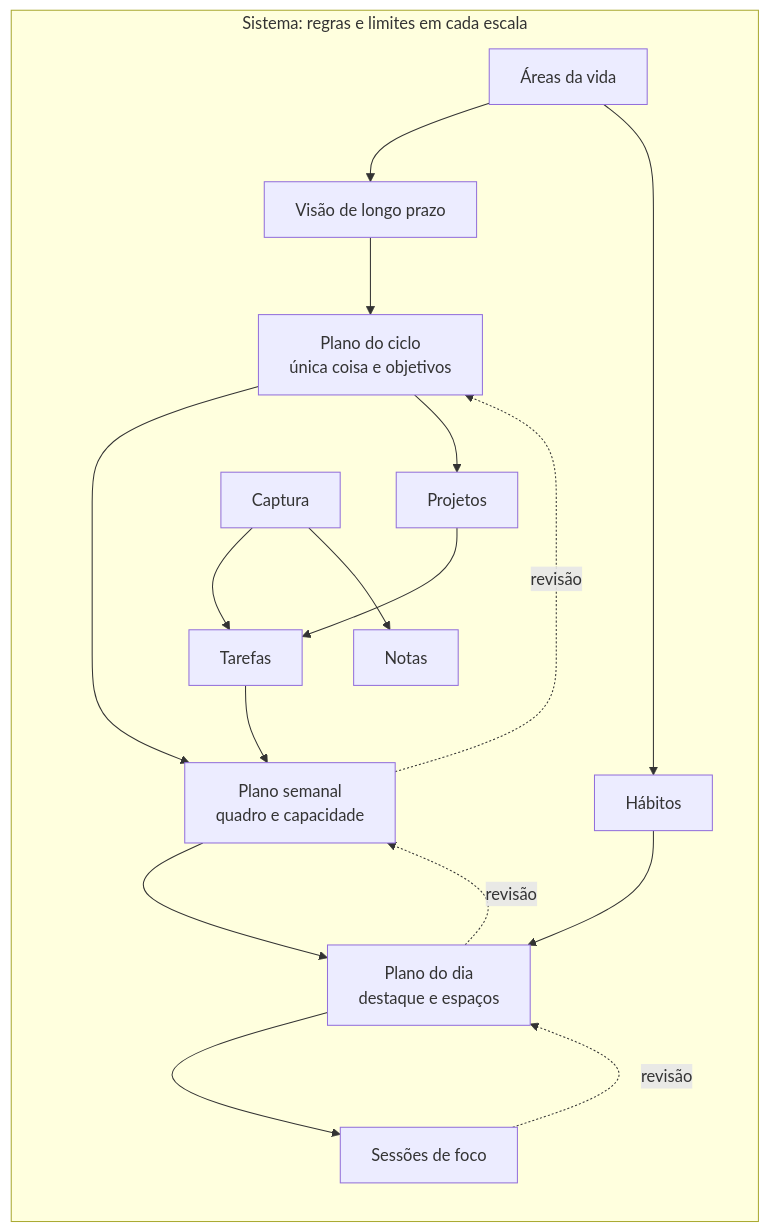
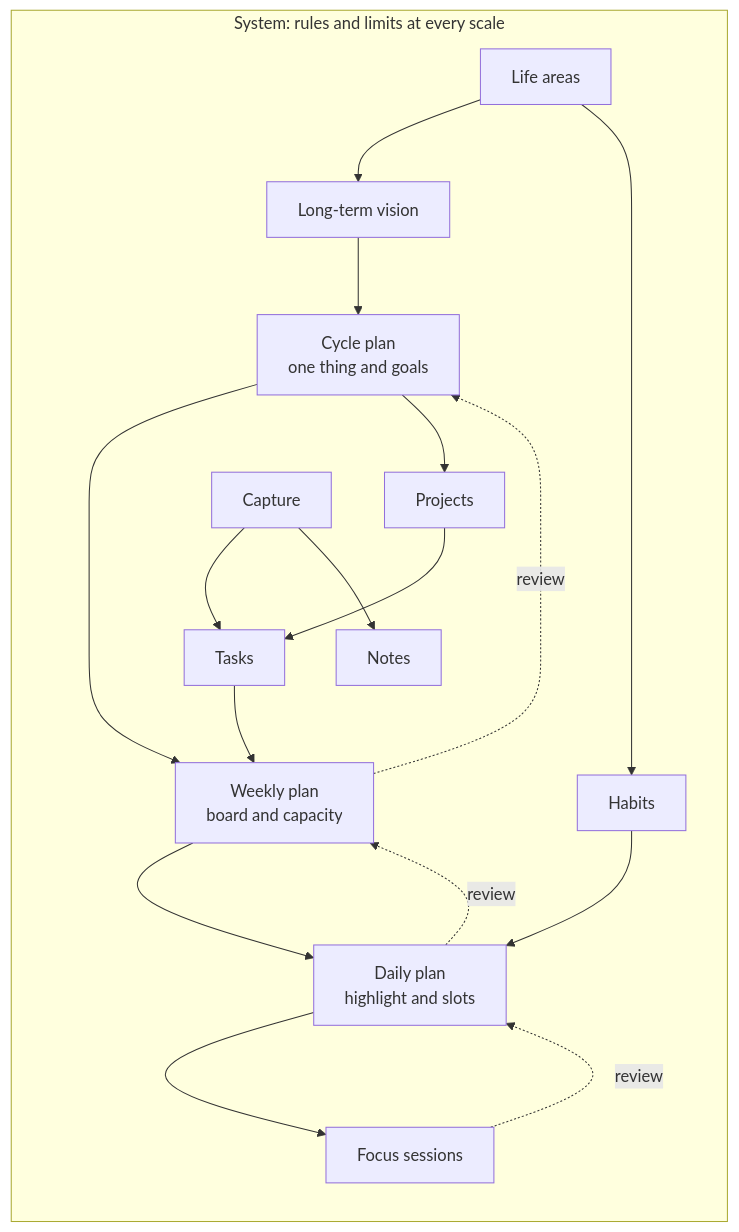
The diagram in README.md (gmcosta94/hub-produtividade-public), drawn with Mermaid before and after one commit. The commit also changed other lines of this file and 1 other file, not shown here.

````diff
--- a/README.md
+++ b/README.md
@@ -25,21 +27,21 @@
 ```mermaid
 flowchart TB
-  subgraph Sistema["Sistema: regras e limites em cada escala"]
+  subgraph System["System: rules and limits at every scale"]
     direction TB
-    Areas[Áreas da vida] --> Visao[Visão de longo prazo]
-    Areas --> Habitos[Hábitos]
-    Visao --> Ciclo[Plano do ciclo<br/>única coisa e objetivos]
-    Ciclo --> Semana[Plano semanal<br/>quadro e capacidade]
-    Semana --> Dia[Plano do dia<br/>destaque e espaços]
-    Dia --> Foco[Sessões de foco]
-    Ciclo --> Projetos
-    Projetos --> Tarefas
-    Captura --> Tarefas
-    Captura --> Notas
-    Tarefas --> Semana
-    Habitos --> Dia
-    Foco -. revisão .-> Dia
-    Dia -. revisão .-> Semana
-    Semana -. revisão .-> Ciclo
+    Areas[Life areas] --> Vision[Long-term vision]
+    Areas --> Habits[Habits]
+    Vision --> Cycle[Cycle plan<br/>one thing and goals]
+    Cycle --> Week[Weekly plan<br/>board and capacity]
+    Week --> Day[Daily plan<br/>highlight and slots]
+    Day --> Focus[Focus sessions]
+    Cycle --> Projects
+    Projects --> Tasks
+    Capture --> Tasks
+    Capture --> Notes
+    Tasks --> Week
+    Habits --> Day
+    Focus -. review .-> Day
+    Day -. review .-> Week
+    Week -. review .-> Cycle
   end
 ```
````
